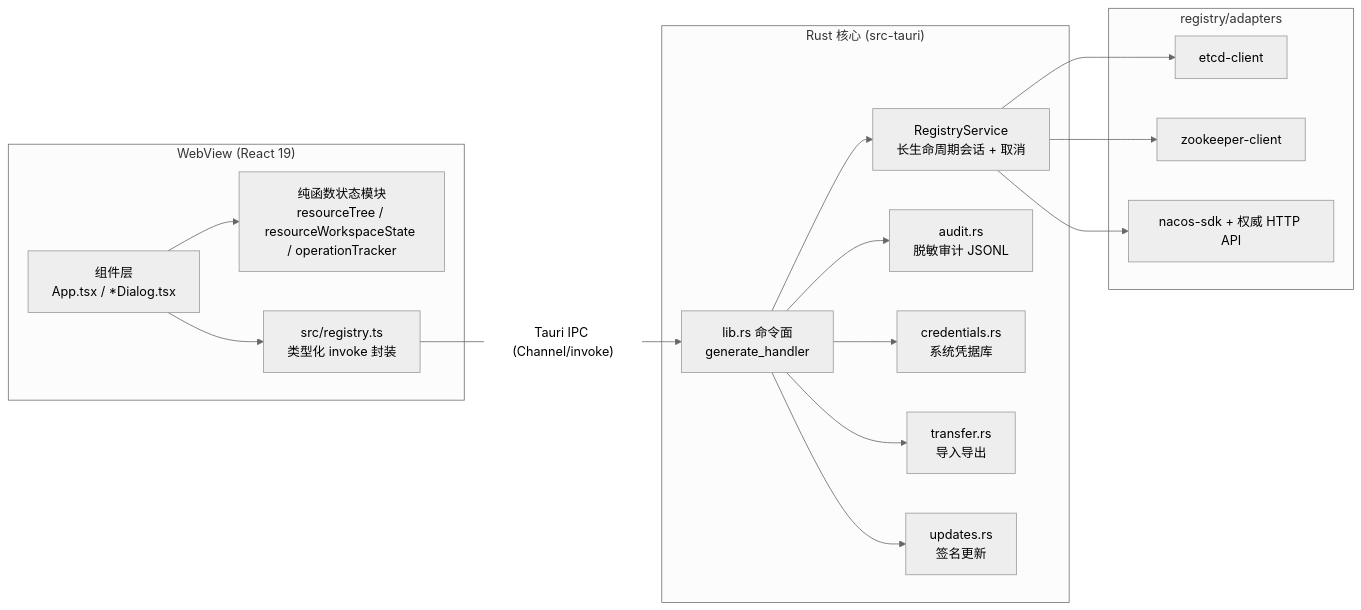
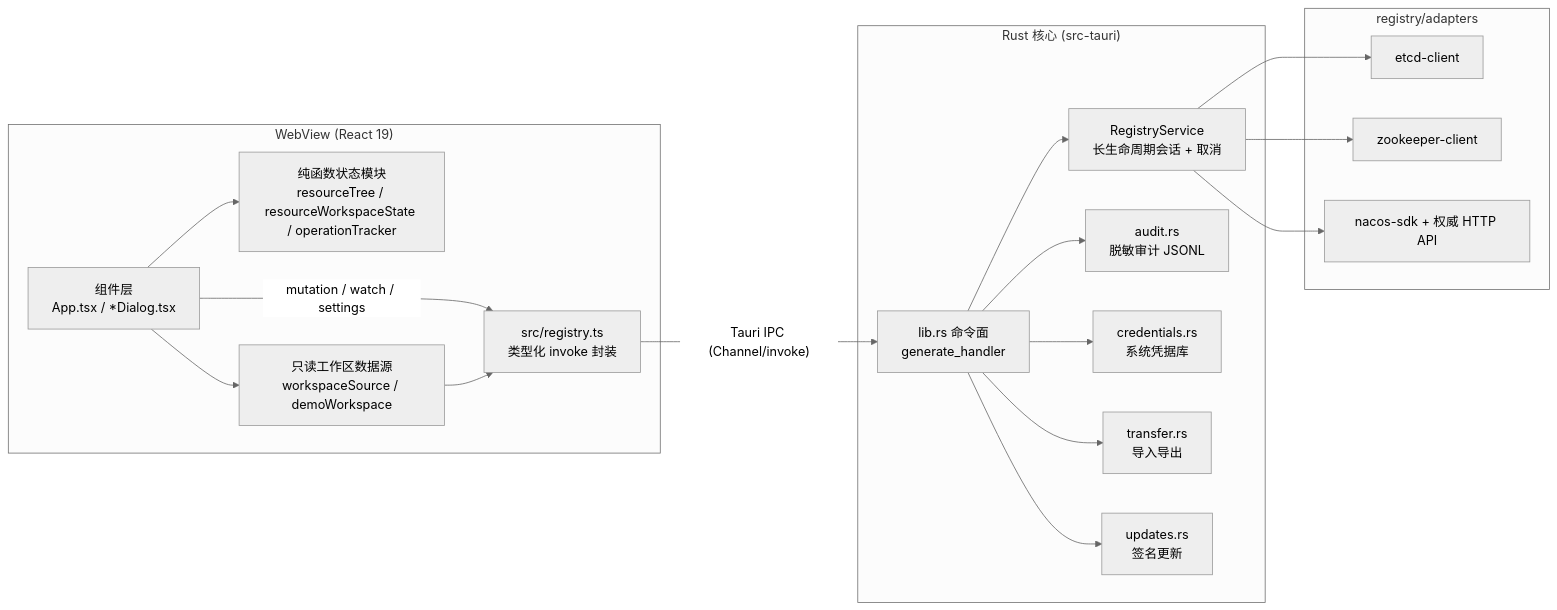
The diagram in docs/ARCHITECTURE.md (caffeine-panic/atlas-registry), drawn with Mermaid (neutral theme) before and after one commit. The commit also changed other lines of this file and 12 other files, not shown here.

Commit message:
feat: add privacy-safe demo workspace

````diff
--- a/docs/ARCHITECTURE.md
+++ b/docs/ARCHITECTURE.md
@@ -9,30 +9,33 @@
 ```mermaid
 flowchart LR
     subgraph WebView["WebView (React 19)"]
         UI[组件层<br/>App.tsx / *Dialog.tsx]
         Logic[纯函数状态模块<br/>resourceTree / resourceWorkspaceState / operationTracker]
+        Source[只读工作区数据源<br/>workspaceSource / demoWorkspace]
         IPC[src/registry.ts<br/>类型化 invoke 封装]
         UI --> Logic
-        UI --> IPC
+        UI --> Source
+        UI -- "mutation / watch / settings" --> IPC
+        Source --> IPC
     end
     subgraph Rust["Rust 核心 (src-tauri)"]
         CMD[lib.rs 命令面<br/>generate_handler]
         SVC[RegistryService<br/>长生命周期会话 + 取消]
         AUD[audit.rs<br/>脱敏审计 JSONL]
         CRED[credentials.rs<br/>系统凭据库]
         XFER[transfer.rs<br/>导入导出]
         UPD[updates.rs<br/>签名更新]
         CMD --> SVC
         CMD --> AUD
         CMD --> CRED
         CMD --> XFER
         CMD --> UPD
     end
     subgraph Adapters["registry/adapters"]
         E[etcd-client]
         Z[zookeeper-client]
         N[nacos-sdk + 权威 HTTP API]
     end
     IPC -- "Tauri IPC (Channel/invoke)" --> CMD
     SVC --> E & Z & N
 ```
````
